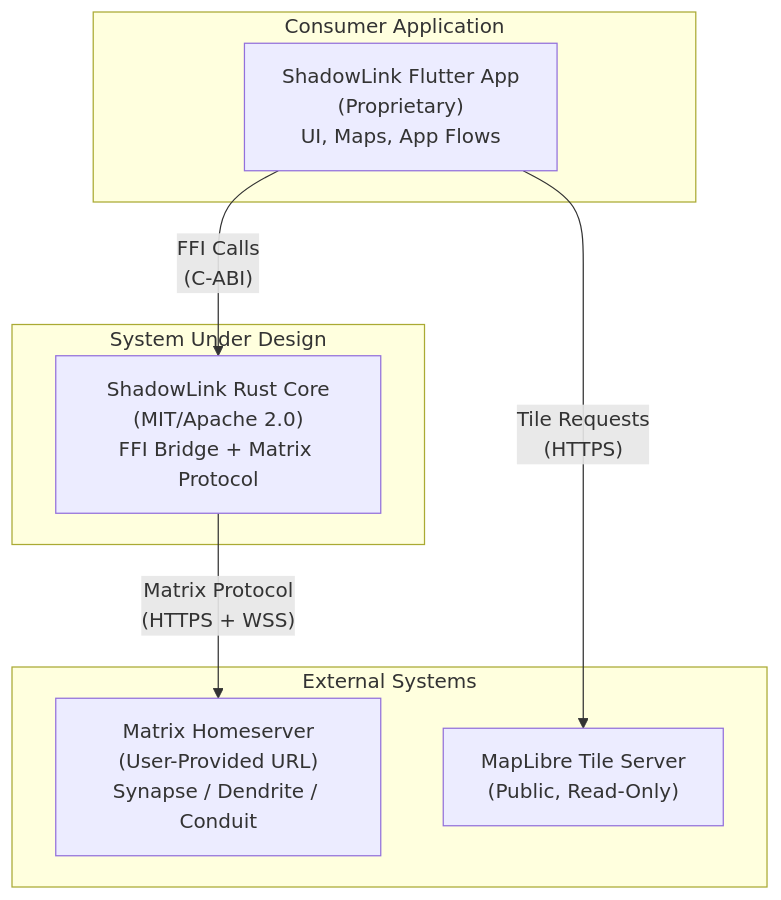
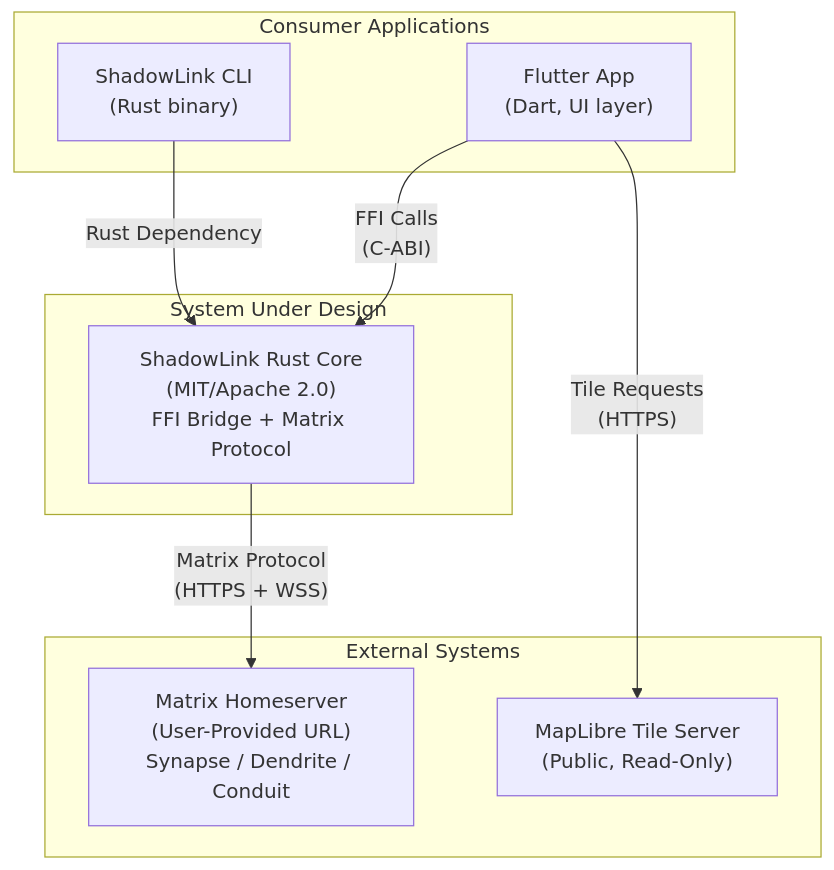
One commit to ccmueller355/shadowlink-rust-core changed the first of 2 diagrams in docs/arc42/03-system-scope-and-context.md. Above: the diagram before and after it, drawn with Mermaid. The commit also changed other lines of this file and 17 other files, not shown here.

````diff
--- a/docs/arc42/03-system-scope-and-context.md
+++ b/docs/arc42/03-system-scope-and-context.md
@@ -9,19 +9,21 @@
 ```mermaid
 graph TB
     subgraph External["External Systems"]
         HS["Matrix Homeserver\n(User-Provided URL)\nSynapse / Dendrite / Conduit"]
         MapTiles["MapLibre Tile Server\n(Public, Read-Only)"]
     end
 
-    subgraph Consumer["Consumer Application"]
-        Flutter["ShadowLink Flutter App\n(Proprietary)\nUI, Maps, App Flows"]
+    subgraph Consumer["Consumer Applications"]
+        CLI["ShadowLink CLI\n(Rust binary)"]
+        Flutter["Flutter App\n(Dart, UI layer)"]
     end
 
     subgraph System["System Under Design"]
         RustCore["ShadowLink Rust Core\n(MIT/Apache 2.0)\nFFI Bridge + Matrix Protocol"]
     end
 
+    CLI -->|"Rust Dependency"| RustCore
     Flutter -->|"FFI Calls\n(C-ABI)"| RustCore
     RustCore -->|"Matrix Protocol\n(HTTPS + WSS)"| HS
     Flutter -->|"Tile Requests\n(HTTPS)"| MapTiles
 ```
````
